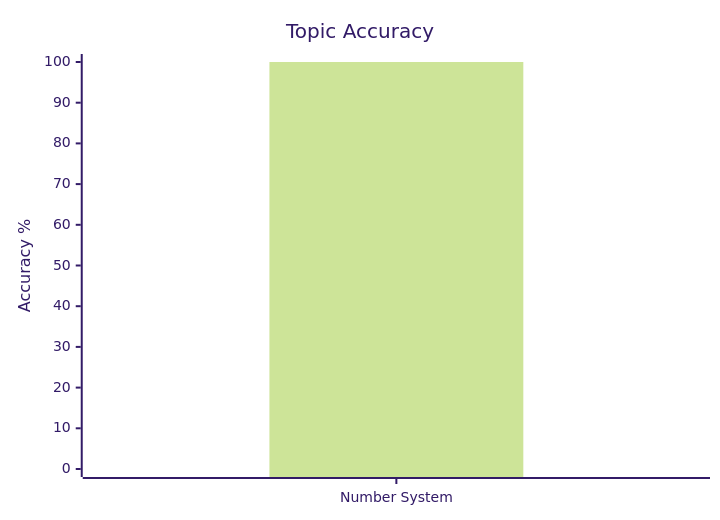
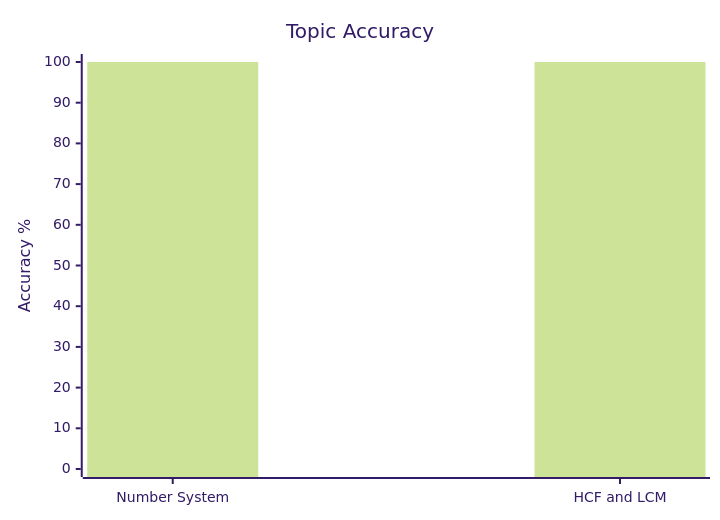
The first of 3 diagrams in content/cds/math/math_overview.md (skc-coder/SAGE), drawn with Mermaid (forest theme) before and after one commit. The commit also changed other lines of this file and 6 other files, not shown here.

Commit message:
feat(math): add Pathfinder Chapter 3 HCF and LCM notes, subtopics, and variations under SAGE taxonomy

````diff
--- a/content/cds/math/math_overview.md
+++ b/content/cds/math/math_overview.md
@@ -21,7 +22,7 @@
 ```mermaid
 xychart-beta
     title "Topic Accuracy"
-    x-axis ["Number System"]
+    x-axis ["Number System", "HCF and LCM"]
     y-axis "Accuracy %" 0 --> 100
-    bar [100]
+    bar [100, 100]
 ```
````
